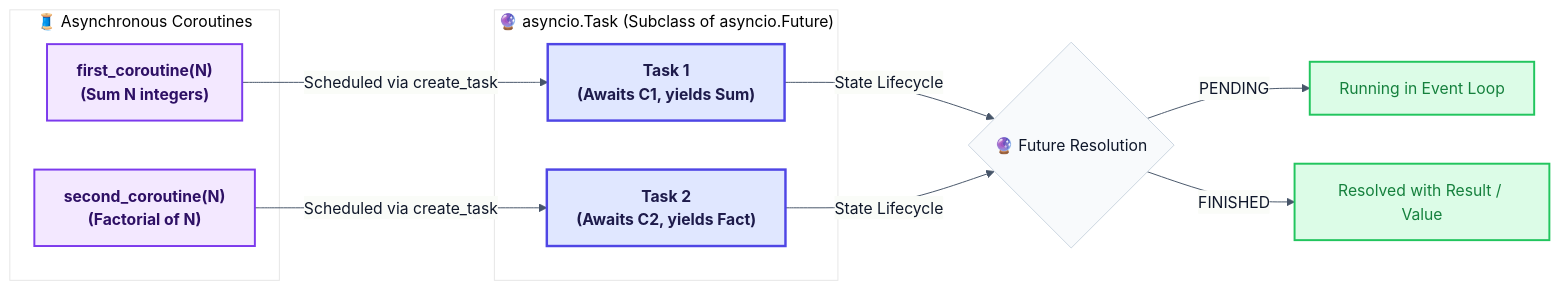
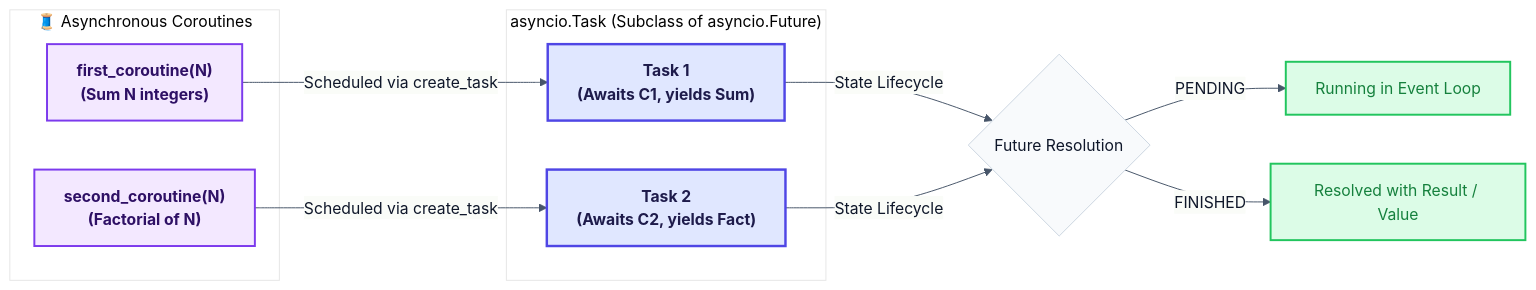
The fifth of 5 diagrams in 23FA-025-SE/Chapter05/README.md (RameenAnwar/PDC-SP26-SE), drawn with Mermaid before and after one commit. The commit also changed other lines of this file and 5 other files, not shown here.

````diff
--- a/23FA-025-SE/Chapter05/README.md
+++ b/23FA-025-SE/Chapter05/README.md
@@ -234,30 +234,30 @@
 ```mermaid
 %%{init: {'theme': 'base', 'themeVariables': { 'lineColor': '#475569', 'primaryColor': '#f8fafc', 'primaryTextColor': '#0f172a', 'primaryBorderColor': '#cbd5e1' }}}%%
 flowchart LR
     %% Premium Futures and Tasks Relationships
     classDef wrapper fill:#f3e8ff,stroke:#7c3aed,stroke-width:2px,color:#2e1065,font-weight:bold
     classDef future fill:#e0e7ff,stroke:#4f46e5,stroke-width:2.5px,color:#1e1b4b,font-weight:bold
     classDef state fill:#dcfce7,stroke:#22c55e,stroke-width:2px,color:#15803d
 
     subgraph CALLABLES ["🧵 Asynchronous Coroutines"]
         C1["first_coroutine(N) <br> (Sum N integers)"]
         C2["second_coroutine(N) <br> (Factorial of N)"]
     end
 
-    subgraph TASKS ["🔮 asyncio.Task (Subclass of asyncio.Future)"]
+    subgraph TASKS [" asyncio.Task (Subclass of asyncio.Future)"]
         T1["Task 1 <br> (Awaits C1, yields Sum)"]
         T2["Task 2 <br> (Awaits C2, yields Fact)"]
     end
 
     C1 -->|Scheduled via create_task| T1
     C2 -->|Scheduled via create_task| T2
 
-    T1 & T2 -->|State Lifecycle| FSTATE{"🔮 Future Resolution"}
+    T1 & T2 -->|State Lifecycle| FSTATE{" Future Resolution"}
     
     FSTATE -->|PENDING| S1["Running in Event Loop"]
     FSTATE -->|FINISHED| S2["Resolved with Result / Value"]
 
     class C1,C2 wrapper
     class T1,T2 future
     class S1,S2 state
 ```
````
